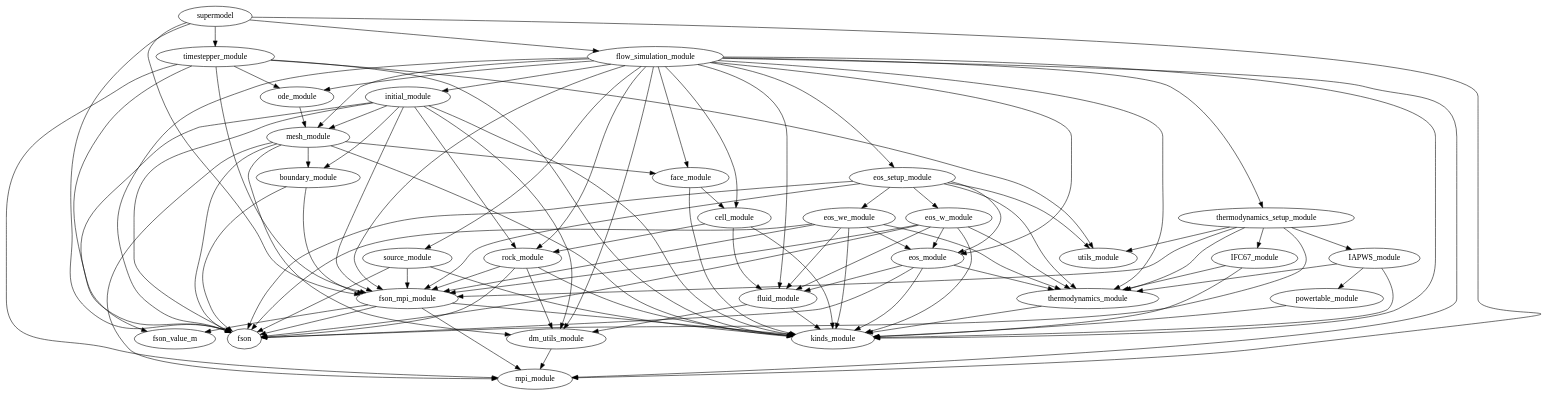
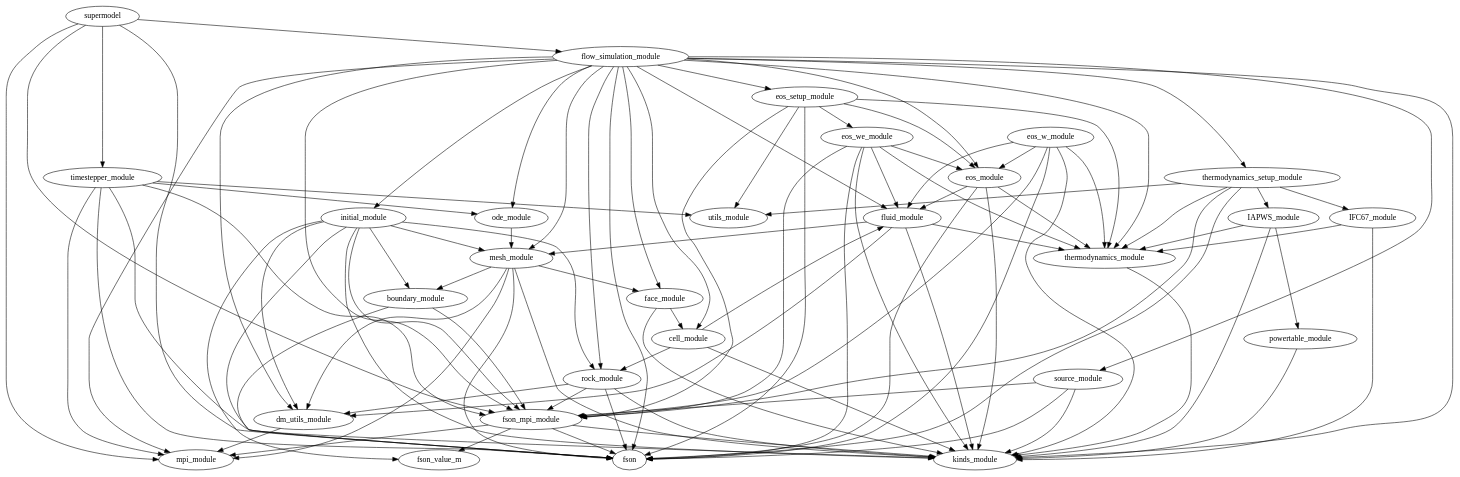
One commit to waiwera/waiwera changed the diagram in doc/depends.dot. Above: the diagram before and after it, drawn with Graphviz. The commit also changed 2 other files, not shown here.

Commit message:
Temporarily disabled eos_w to workaround gfortran 'free_pi_tree(): Unresolved fixup' internal error

```diff
--- a/doc/depends.dot
+++ b/doc/depends.dot
@@ -1,102 +1,103 @@
-digraph supermodel{
+digraph eos_w_module{
         fluid_module -> dm_utils_module
         fluid_module -> kinds_module
+        fluid_module -> mesh_module
+        fluid_module -> thermodynamics_module
         eos_module -> fluid_module
         eos_module -> fson
         eos_module -> kinds_module
         eos_module -> thermodynamics_module
         rock_module -> dm_utils_module
         rock_module -> fson
         rock_module -> fson_mpi_module
         rock_module -> kinds_module
         eos_we_module -> eos_module
         eos_we_module -> fluid_module
         eos_we_module -> fson
         eos_we_module -> fson_mpi_module
         eos_we_module -> kinds_module
         eos_we_module -> thermodynamics_module
         powertable_module -> kinds_module
         ode_module -> mesh_module
         dm_utils_module -> mpi_module
         cell_module -> fluid_module
         cell_module -> kinds_module
         cell_module -> rock_module
         boundary_module -> fson
         boundary_module -> fson_mpi_module
         flow_simulation_module -> cell_module
         flow_simulation_module -> dm_utils_module
         flow_simulation_module -> eos_module
         flow_simulation_module -> eos_setup_module
         flow_simulation_module -> face_module
         flow_simulation_module -> fluid_module
         flow_simulation_module -> fson
         flow_simulation_module -> fson_mpi_module
         flow_simulation_module -> initial_module
         flow_simulation_module -> kinds_module
         flow_simulation_module -> mesh_module
         flow_simulation_module -> mpi_module
         flow_simulation_module -> ode_module
         flow_simulation_module -> rock_module
         flow_simulation_module -> source_module
         flow_simulation_module -> thermodynamics_module
         flow_simulation_module -> thermodynamics_setup_module
         thermodynamics_module -> kinds_module
         face_module -> cell_module
         face_module -> kinds_module
         initial_module -> boundary_module
         initial_module -> dm_utils_module
         initial_module -> fson
         initial_module -> fson_mpi_module
         initial_module -> fson_value_m
         initial_module -> kinds_module
         initial_module -> mesh_module
         initial_module -> rock_module
         mesh_module -> boundary_module
         mesh_module -> dm_utils_module
         mesh_module -> face_module
         mesh_module -> fson
         mesh_module -> kinds_module
         mesh_module -> mpi_module
         fson_mpi_module -> fson
         fson_mpi_module -> fson_value_m
         fson_mpi_module -> kinds_module
         fson_mpi_module -> mpi_module
         IFC67_module -> kinds_module
         IFC67_module -> thermodynamics_module
         supermodel -> flow_simulation_module
         supermodel -> fson
         supermodel -> fson_mpi_module
         supermodel -> mpi_module
         supermodel -> timestepper_module
         eos_w_module -> eos_module
         eos_w_module -> fluid_module
         eos_w_module -> fson
         eos_w_module -> fson_mpi_module
         eos_w_module -> kinds_module
         eos_w_module -> thermodynamics_module
         source_module -> fson
         source_module -> fson_mpi_module
         source_module -> kinds_module
         eos_setup_module -> eos_module
-        eos_setup_module -> eos_w_module
         eos_setup_module -> eos_we_module
         eos_setup_module -> fson
         eos_setup_module -> fson_mpi_module
         eos_setup_module -> thermodynamics_module
         eos_setup_module -> utils_module
         IAPWS_module -> kinds_module
         IAPWS_module -> powertable_module
         IAPWS_module -> thermodynamics_module
         thermodynamics_setup_module -> IAPWS_module
         thermodynamics_setup_module -> IFC67_module
         thermodynamics_setup_module -> fson
         thermodynamics_setup_module -> fson_mpi_module
         thermodynamics_setup_module -> thermodynamics_module
         thermodynamics_setup_module -> utils_module
         timestepper_module -> fson
         timestepper_module -> fson_mpi_module
         timestepper_module -> kinds_module
         timestepper_module -> mpi_module
         timestepper_module -> ode_module
         timestepper_module -> utils_module
 }
```
